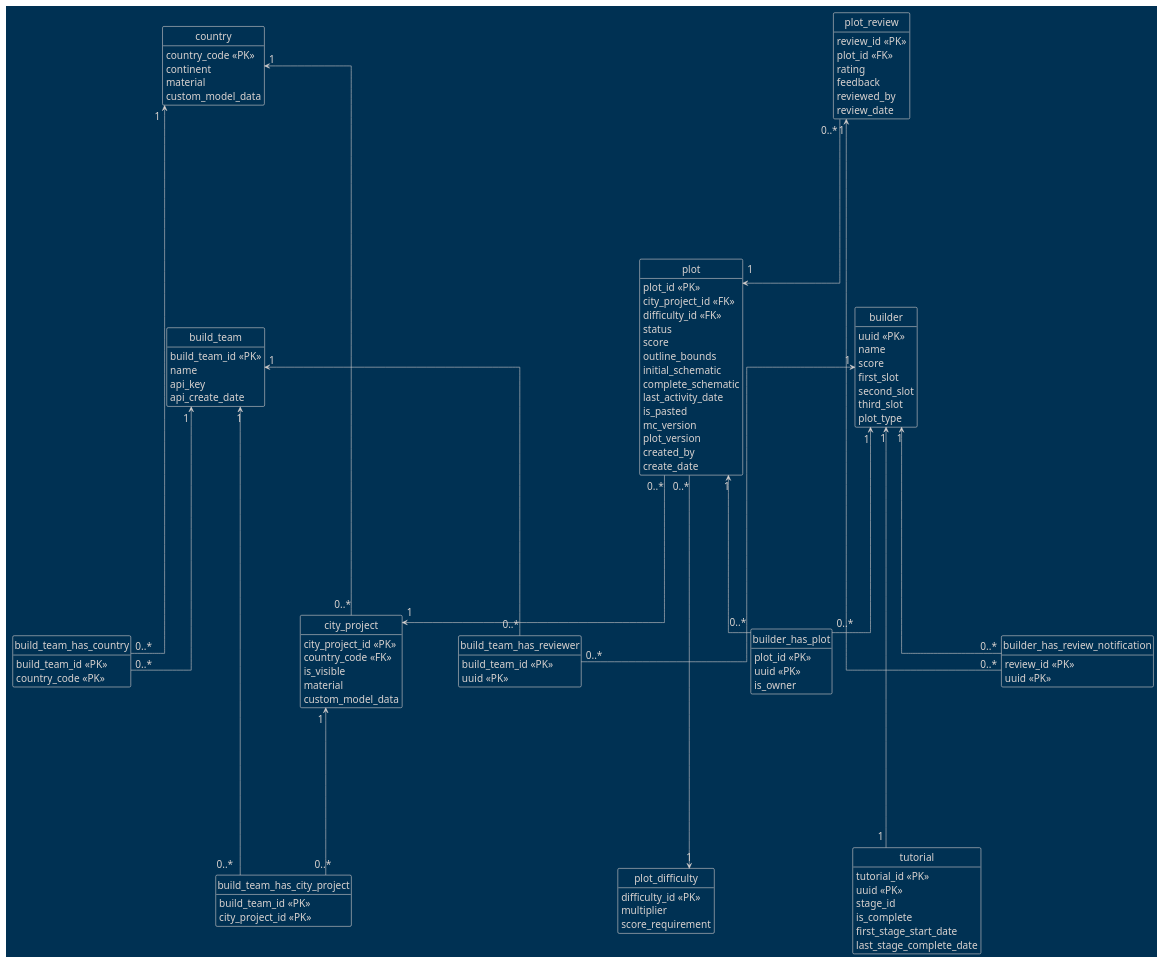
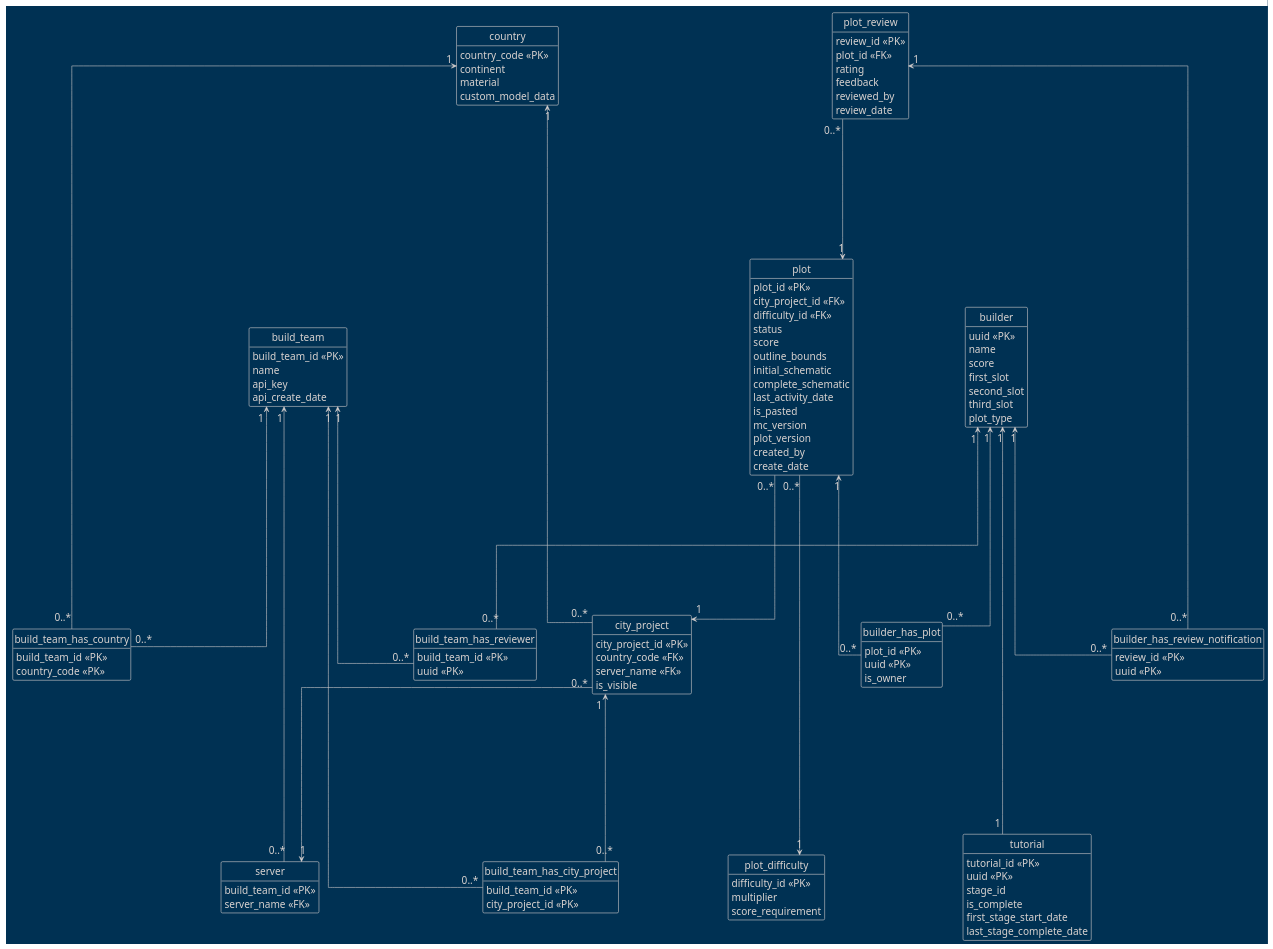
Before and after one commit to AlpsBTE/Plot-System-DB: the diagram in logical-db.puml, drawn with PlantUML. The commit also changed 4 other files, not shown here.

```diff
--- a/logical-db.puml
+++ b/logical-db.puml
@@ -1,131 +1,137 @@
 @startuml
 skinparam nodesep 100
 skinparam ranksep 250
 skinparam defaultFontSize 18
 
 skinparam linetype ortho
 
 hide circle
 hide empty members
 !theme blueprint
 
 entity build_team {
     build_team_id <<PK>>
     name
     api_key
     api_create_date
 }
 
+entity server {
+    build_team_id <<PK>>
+    server_name <<FK>>
+}
+
 entity country {
     country_code <<PK>>
     continent
     material
     custom_model_data
 }
 
 entity city_project {
     city_project_id <<PK>>
     country_code <<FK>>
+    server_name <<FK>>
     is_visible
-    material
-    custom_model_data
 }
 
 entity builder {
     uuid <<PK>>
     name
     score
     first_slot
     second_slot
     third_slot
     plot_type
 }
 
 entity plot_difficulty {
     difficulty_id <<PK>>
     multiplier
     score_requirement
 }
 
 entity plot {
     plot_id <<PK>>
     city_project_id <<FK>>
     difficulty_id <<FK>>
     status
     score
     outline_bounds
     initial_schematic
     complete_schematic
     last_activity_date
     is_pasted
     mc_version
     plot_version
     created_by
     create_date
 }
 
 entity tutorial {
     tutorial_id <<PK>>
     uuid <<PK>>
     stage_id
     is_complete
     first_stage_start_date
     last_stage_complete_date
 }
 
 entity plot_review {
     review_id <<PK>>
     plot_id <<FK>>
     rating
     feedback
     reviewed_by
     review_date
 }
 
 entity build_team_has_country {
     build_team_id <<PK>>
     country_code <<PK>>
 }
 
 entity build_team_has_city_project {
     build_team_id <<PK>>
     city_project_id <<PK>>
 }
 
 entity build_team_has_reviewer {
     build_team_id <<PK>>
     uuid <<PK>>
 }
 
 entity builder_has_review_notification {
     review_id <<PK>>
     uuid <<PK>>
 }
 
 entity builder_has_plot {
     plot_id <<PK>>
     uuid <<PK>>
     is_owner
 }
 
 build_team "1" <-- "0..*" build_team_has_city_project
 build_team "1" <-- "0..*" build_team_has_country
 build_team "1" <-- "0..*" build_team_has_reviewer
+build_team "1" <-- "0..*" server
 
 country "1" <--- "0..*" city_project
 country "1" <--- "0..*" build_team_has_country
 
 city_project "1" <-- "0..*" build_team_has_city_project
+city_project "0..*" --> "1" server
 
 plot_review "1" <-- "0..*" builder_has_review_notification
 plot_review "0..*" --> "1" plot
 
 builder "1" <-- "0..*" build_team_has_reviewer
 builder "1" <--- "1" tutorial
 builder "1" <-- "0..*" builder_has_review_notification
 builder "1" <-- "0..*" builder_has_plot
 
 plot "0..*" --> "1" city_project
 plot "0..*" ---> "1" plot_difficulty
 plot "1" <-- "0..*" builder_has_plot
 @enduml
```
